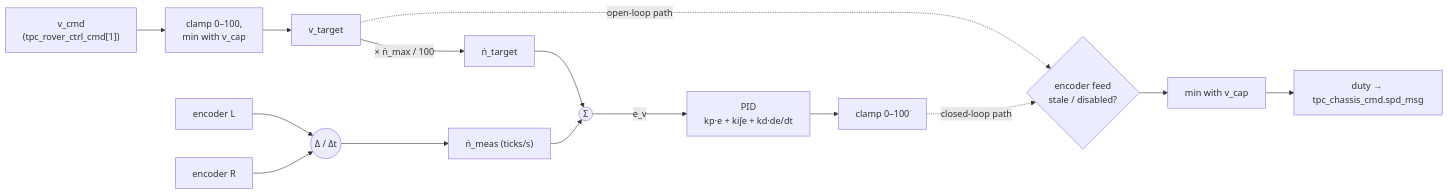
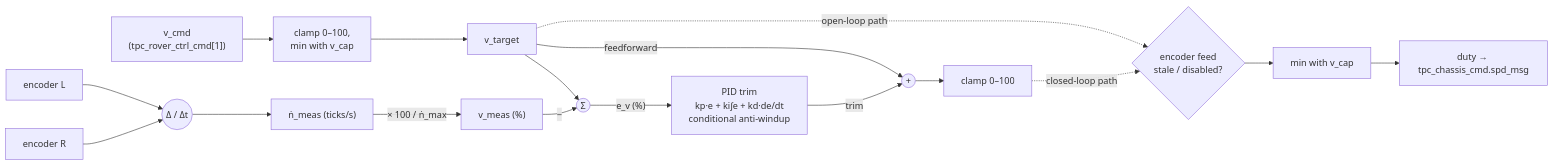
The third of 3 diagrams in docs/CONTROL_LAW.md (RoboticsGG/almondmatcha), drawn with Mermaid before and after one commit. The commit also changed other lines of this file, not shown here.

Commit message:
docs: fix cases-block rendering and sync speed diagram with feedforward
GitHub's markdown preprocessor mangles the \[ in a \\[4pt] row separator
before KaTeX sees it, which broke the whole steering-saturation cases
block into raw text. Plain \\ renders identically here.

Also:
- \text{limit} was sitting inside a backtick span, so it rendered as
  literal LaTeX rather than math; replaced with the real param names
- the 2.3 block diagram still showed the pre-feedforward structure
- unified \delta_{max}/\dot n_{max} to upright \text{max}

All 12 equations verified against KaTeX in strict mode. Note that check
only catches KaTeX syntax errors -- \\[4pt] and \operatorname are both
valid KaTeX and were rejected by GitHub specifically, so the grep for
GitHub-hostile constructs stays the real guard.

````diff
--- a/docs/CONTROL_LAW.md
+++ b/docs/CONTROL_LAW.md
@@ -266,21 +266,24 @@
 ```mermaid
 flowchart LR
     vcmd["v_cmd\n(tpc_rover_ctrl_cmd[1])"] --> capclamp["clamp 0–100,\nmin with v_cap"]
     capclamp --> vtarget["v_target"]
 
     encL["encoder L"] --> delta(("Δ / Δt"))
     encR["encoder R"] --> delta
     delta --> nmeas["ṅ_meas (ticks/s)"]
 
-    vtarget -- "× ṅ_max / 100" --> ntarget["ṅ_target"]
-    ntarget --> errV(("Σ"))
-    nmeas --> errV
-    errV -- "e_v" --> pidV["PID\nkp·e + ki∫e + kd·de/dt"]
-    pidV --> satV["clamp 0–100"]
+    nmeas -- "× 100 / ṅ_max" --> vmeas["v_meas (%)"]
+    vtarget --> errV(("Σ"))
+    vmeas -- "−" --> errV
+    errV -- "e_v (%)" --> pidV["PID trim\nkp·e + ki∫e + kd·de/dt\nconditional anti-windup"]
+
+    vtarget -- "feedforward" --> sumFF(("+"))
+    pidV -- "trim" --> sumFF
+    sumFF --> satV["clamp 0–100"]
 
     stale{"encoder feed\nstale / disabled?"}
     vtarget -. "open-loop path" .-> stale
     satV -. "closed-loop path" .-> stale
     stale --> capV["min with v_cap"]
     capV --> duty["duty → tpc_chassis_cmd.spd_msg"]
 ```
````
